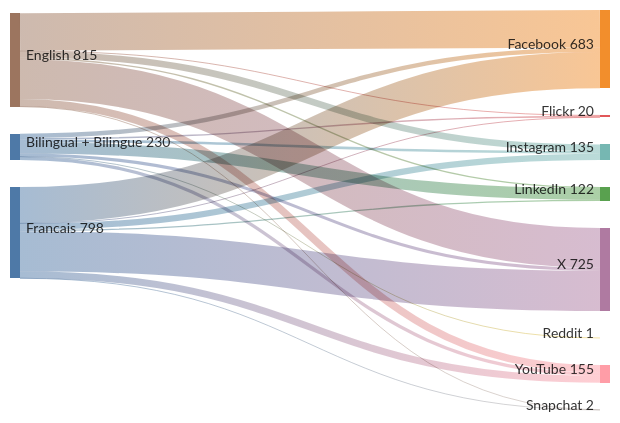
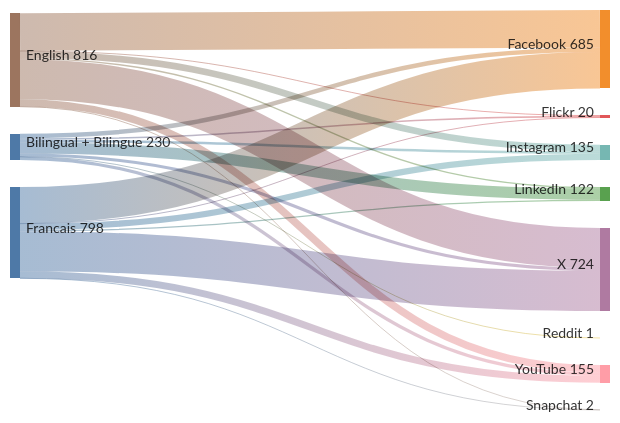
The diagram in sankey_diagram.md (PatLittle/GC-Socials), drawn with Mermaid before and after one commit.

Commit message:
Update Sankey diagram for the most recent day

````diff
--- a/sankey_diagram.md
+++ b/sankey_diagram.md
@@ -1,24 +1,24 @@
 ```mermaid
 sankey-beta
   Bilingual + Bilingue,Facebook,39
   Bilingual + Bilingue,Flickr,13
   Bilingual + Bilingue,Instagram,22
   Bilingual + Bilingue,LinkedIn,99
   Bilingual + Bilingue,Reddit,1
   Bilingual + Bilingue,X,27
   Bilingual + Bilingue,YouTube,29
-  English,Facebook,327
+  English,Facebook,328
   English,Flickr,4
   English,Instagram,58
   English,LinkedIn,12
   English,Snapchat,1
   English,X,348
   English,YouTube,65
-  Francais,Facebook,317
+  Francais,Facebook,318
   Francais,Flickr,3
   Francais,Instagram,55
   Francais,LinkedIn,11
   Francais,Snapchat,1
-  Francais,X,350
+  Francais,X,349
   Francais,YouTube,61
 ```
````
